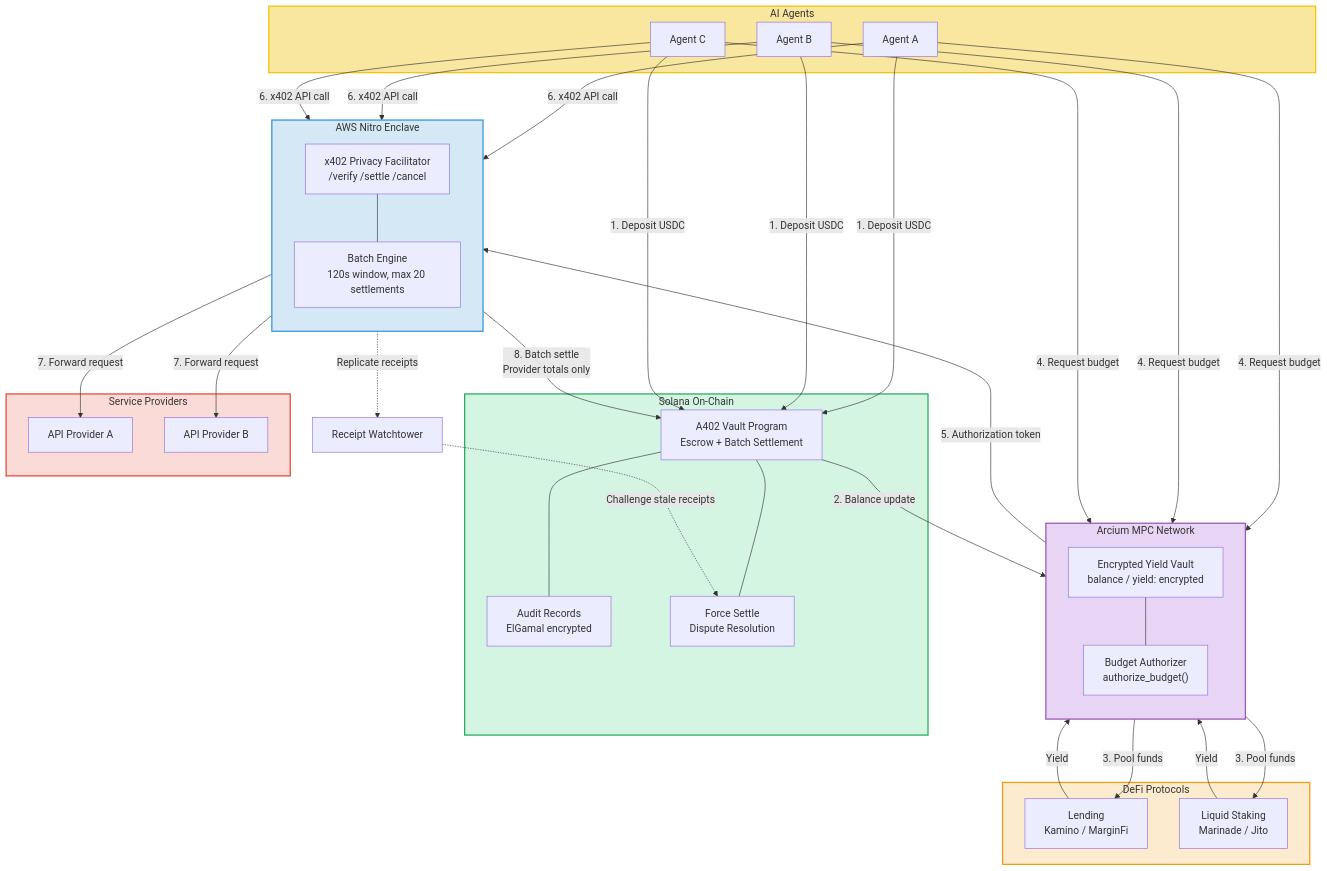
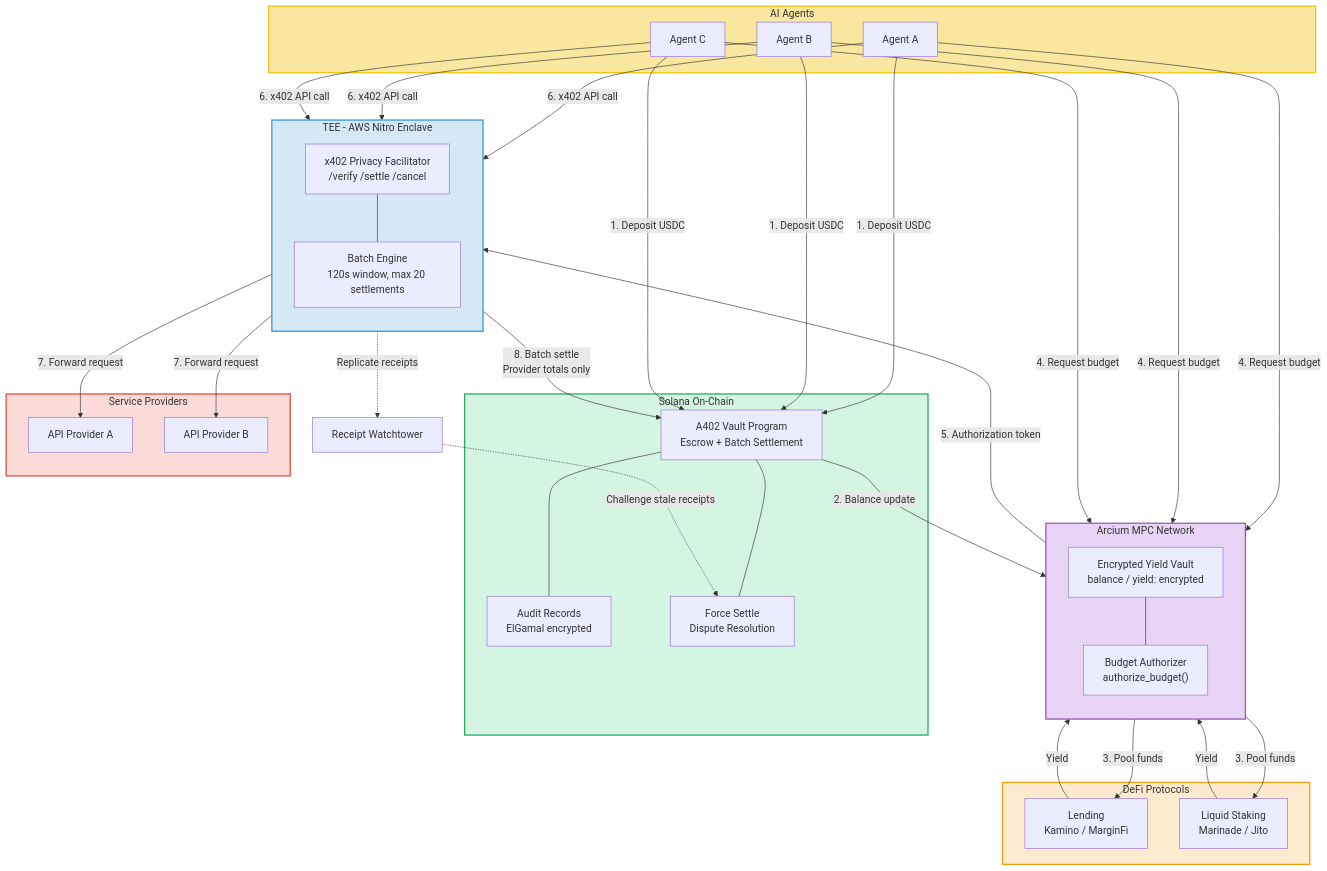
One commit to SublyFi/privacy-x402 changed the first of 5 diagrams in docs/architecture.md. Above: the diagram before and after it, drawn with Mermaid. The commit also changed other lines of this file, not shown here.

Commit message:
Rename Nitro Enclave labels to TEE (Nitro Enclave)

````diff
--- a/docs/architecture.md
+++ b/docs/architecture.md
@@ -5,70 +5,70 @@
 ```mermaid
 graph TB
     subgraph Clients["AI Agents"]
         A1["Agent A"]
         A2["Agent B"]
         A3["Agent C"]
     end
 
     subgraph Arcium["Arcium MPC Network"]
         direction TB
         YV["Encrypted Yield Vault\nbalance / yield: encrypted"]
         AUTH["Budget Authorizer\nauthorize_budget()"]
         YV --- AUTH
     end
 
-    subgraph TEE["AWS Nitro Enclave"]
+    subgraph TEE["TEE - AWS Nitro Enclave"]
         direction TB
         FAC["x402 Privacy Facilitator\n/verify /settle /cancel"]
         BATCH["Batch Engine\n120s window, max 20 settlements"]
         FAC --- BATCH
     end
 
     subgraph DeFi["DeFi Protocols"]
         LEND["Lending\nKamino / MarginFi"]
         LST["Liquid Staking\nMarinade / Jito"]
     end
 
     subgraph Solana["Solana On-Chain"]
         VAULT["A402 Vault Program\nEscrow + Batch Settlement"]
         AUDIT["Audit Records\nElGamal encrypted"]
         FS["Force Settle\nDispute Resolution"]
     end
 
     subgraph Providers["Service Providers"]
         P1["API Provider A"]
         P2["API Provider B"]
     end
 
     WT["Receipt Watchtower"]
 
     A1 -- "1. Deposit USDC" --> VAULT
     A2 -- "1. Deposit USDC" --> VAULT
     A3 -- "1. Deposit USDC" --> VAULT
     VAULT -- "2. Balance update" --> YV
     YV -- "3. Pool funds" --> LEND
     YV -- "3. Pool funds" --> LST
     LEND -- "Yield" --> YV
     LST -- "Yield" --> YV
     A1 -- "4. Request budget" --> AUTH
     A2 -- "4. Request budget" --> AUTH
     A3 -- "4. Request budget" --> AUTH
     AUTH -- "5. Authorization token" --> FAC
     A1 -- "6. x402 API call" --> FAC
     A2 -- "6. x402 API call" --> FAC
     A3 -- "6. x402 API call" --> FAC
     FAC -- "7. Forward request" --> P1
     FAC -- "7. Forward request" --> P2
     BATCH -- "8. Batch settle\nProvider totals only" --> VAULT
     VAULT --- AUDIT
     VAULT --- FS
     FAC -. "Replicate receipts" .-> WT
     WT -. "Challenge stale receipts" .-> FS
 
     style Arcium fill:#e8d5f5,stroke:#9b59b6,stroke-width:2px
     style TEE fill:#d5e8f5,stroke:#3498db,stroke-width:2px
     style Solana fill:#d5f5e3,stroke:#27ae60,stroke-width:2px
     style DeFi fill:#fdebd0,stroke:#f39c12,stroke-width:2px
     style Clients fill:#f9e79f,stroke:#f1c40f,stroke-width:2px
     style Providers fill:#fadbd8,stroke:#e74c3c,stroke-width:2px
 ```
````
